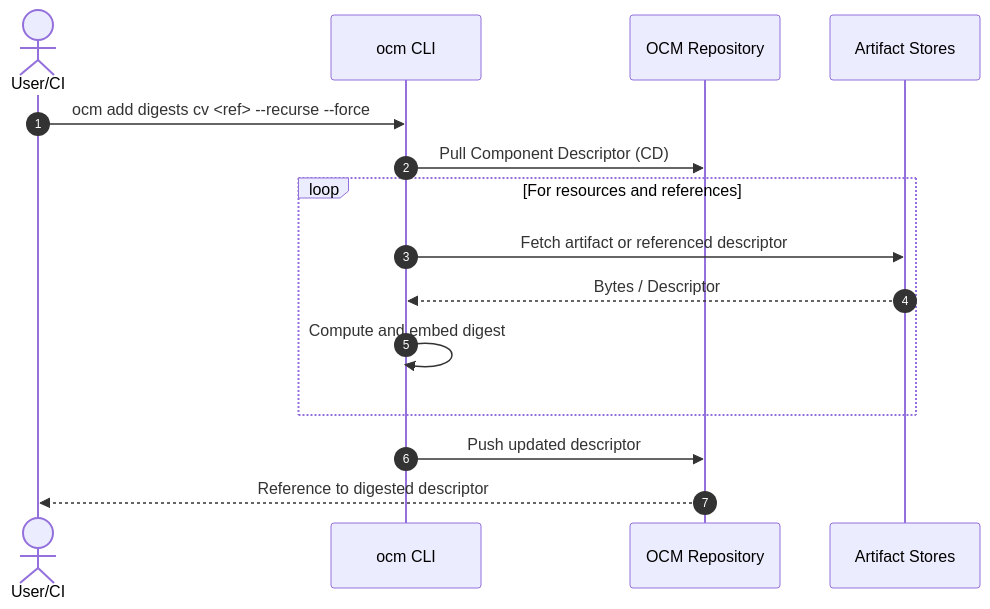
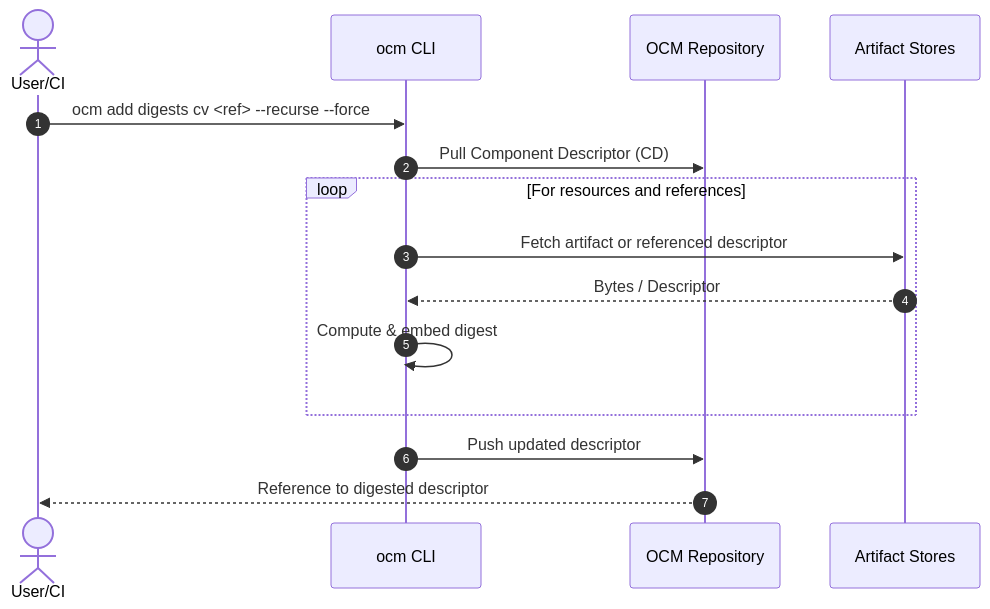
One commit to open-component-model/open-component-model changed the first of 2 diagrams in docs/adr/0008_signing_verification.md. Above: the diagram before and after it, drawn with Mermaid. The commit also changed other lines of this file, not shown here.

````diff
--- a/docs/adr/0008_signing_verification.md
+++ b/docs/adr/0008_signing_verification.md
@@ -131,18 +212,18 @@
 ```mermaid
 sequenceDiagram
   autonumber
   actor U as User/CI
   participant C as ocm CLI
   participant R as OCM Repository
   participant A as Artifact Stores
 
   U->>C: ocm add digests cv <ref> --recurse --force
   C->>R: Pull Component Descriptor (CD)
   loop For resources and references
     C->>A: Fetch artifact or referenced descriptor
     A-->>C: Bytes / Descriptor
-    C->>C: Compute and embed digest
+    C->>C: Compute & embed digest
   end
   C->>R: Push updated descriptor
   R-->>U: Reference to digested descriptor
 ```
````
